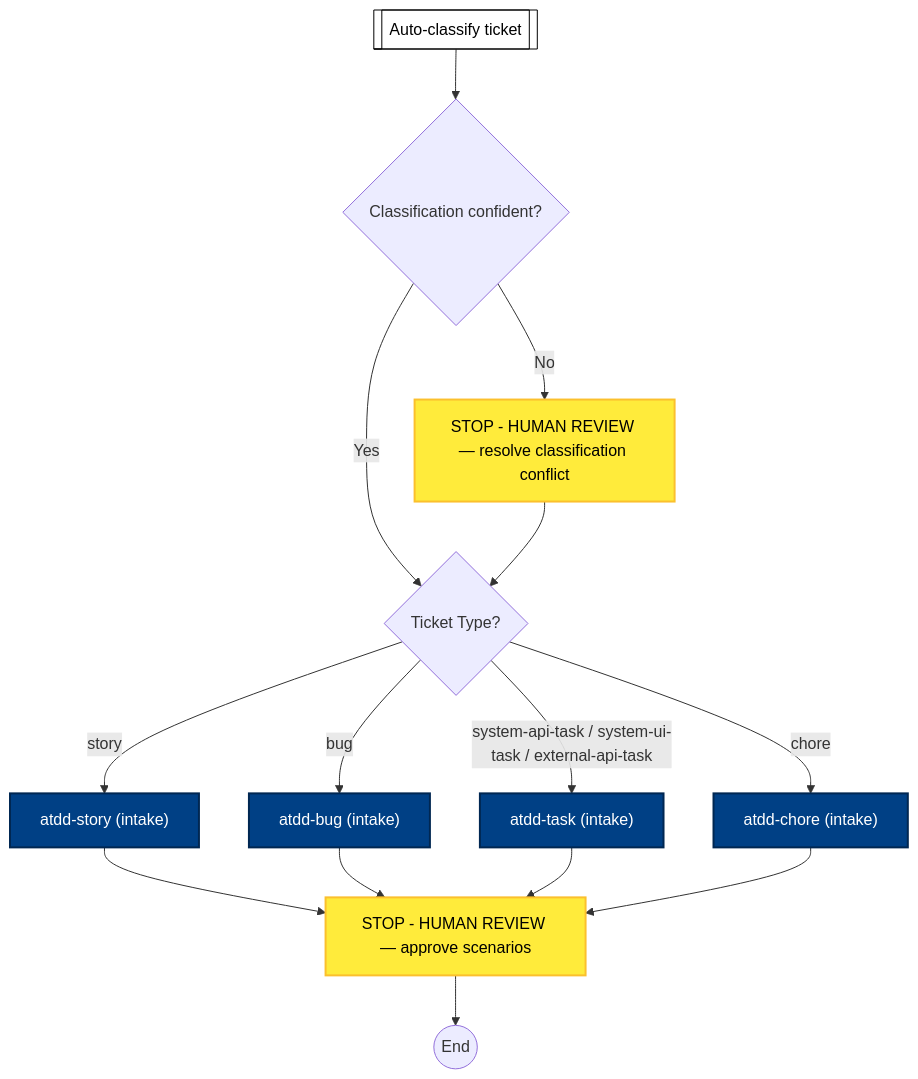
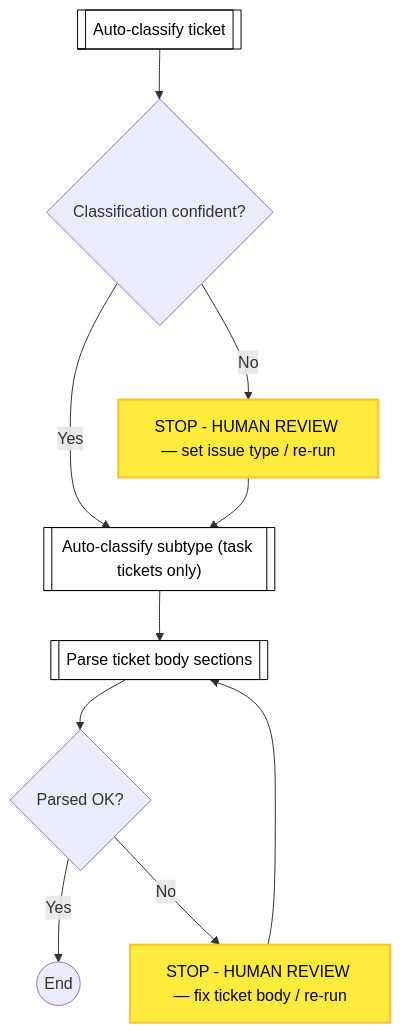
The second of 12 diagrams in docs/process-diagram.md (optivem/gh-optivem), drawn with Mermaid before and after one commit. The commit also changed other lines of this file and 27 other files, not shown here.

First line of the commit message:
Templated intake items 5-9: deterministic parser, subtype routing, retire intake agents

````diff
--- a/docs/process-diagram.md
+++ b/docs/process-diagram.md
@@ -35,36 +35,27 @@
 ```mermaid
 flowchart TD
-    ATDD_BUG["atdd-bug (intake)"]
-    ATDD_CHORE["atdd-chore (intake)"]
-    ATDD_STORY["atdd-story (intake)"]
-    ATDD_TASK["atdd-task (intake)"]
     CLASSIFY[[Auto-classify ticket]]
+    CLASSIFY_SUBTYPE[["Auto-classify subtype (task tickets only)"]]
     GATE_CLASSIFY_CONFIDENT{Classification confident?}
-    GATE_TICKET_TYPE{Ticket Type?}
+    GATE_PARSE_OK{Parsed OK?}
     INTAKE_END((End))
-    STOP_CLASSIFY_CONFLICT[STOP - HUMAN REVIEW — resolve classification conflict]
-    STOP_INTAKE[STOP - HUMAN REVIEW — approve scenarios]
+    PARSE_BODY[[Parse ticket body sections]]
+    STOP_CLASSIFY_CONFLICT[STOP - HUMAN REVIEW — set issue type / re-run]
+    STOP_PARSE_ERROR[STOP - HUMAN REVIEW — fix ticket body / re-run]
 
     CLASSIFY --> GATE_CLASSIFY_CONFIDENT
-    GATE_CLASSIFY_CONFIDENT -- Yes --> GATE_TICKET_TYPE
+    GATE_CLASSIFY_CONFIDENT -- Yes --> CLASSIFY_SUBTYPE
     GATE_CLASSIFY_CONFIDENT -- No --> STOP_CLASSIFY_CONFLICT
-    STOP_CLASSIFY_CONFLICT --> GATE_TICKET_TYPE
-    GATE_TICKET_TYPE -- story --> ATDD_STORY
-    GATE_TICKET_TYPE -- bug --> ATDD_BUG
-    GATE_TICKET_TYPE -- system-api-task / system-ui-task / external-api-task --> ATDD_TASK
-    GATE_TICKET_TYPE -- chore --> ATDD_CHORE
-    ATDD_STORY --> STOP_INTAKE
-    ATDD_BUG --> STOP_INTAKE
-    ATDD_TASK --> STOP_INTAKE
-    ATDD_CHORE --> STOP_INTAKE
-    STOP_INTAKE --> INTAKE_END
+    STOP_CLASSIFY_CONFLICT --> CLASSIFY_SUBTYPE
+    CLASSIFY_SUBTYPE --> PARSE_BODY
+    PARSE_BODY --> GATE_PARSE_OK
+    GATE_PARSE_OK -- Yes --> INTAKE_END
+    GATE_PARSE_OK -- No --> STOP_PARSE_ERROR
+    STOP_PARSE_ERROR --> PARSE_BODY
 
     classDef serviceNode fill:#ffffff,stroke:#000000,stroke-width:1px,color:#000000
-    class CLASSIFY serviceNode
-
-    classDef agentNode fill:#004085,stroke:#002752,stroke-width:2px,color:#ffffff
-    class ATDD_BUG,ATDD_CHORE,ATDD_STORY,ATDD_TASK agentNode
+    class CLASSIFY,CLASSIFY_SUBTYPE,PARSE_BODY serviceNode
 
     classDef humanNode fill:#ffeb3b,stroke:#fbc02d,stroke-width:2px,color:#000000
-    class STOP_CLASSIFY_CONFLICT,STOP_INTAKE humanNode
+    class STOP_CLASSIFY_CONFLICT,STOP_PARSE_ERROR humanNode
 ```
````
